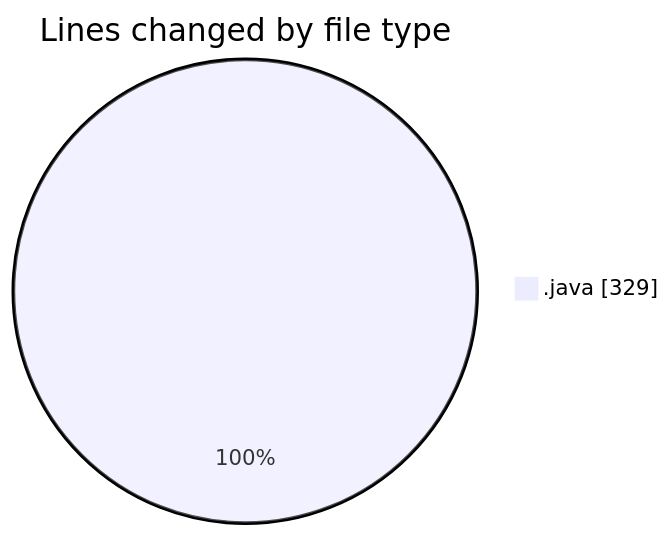
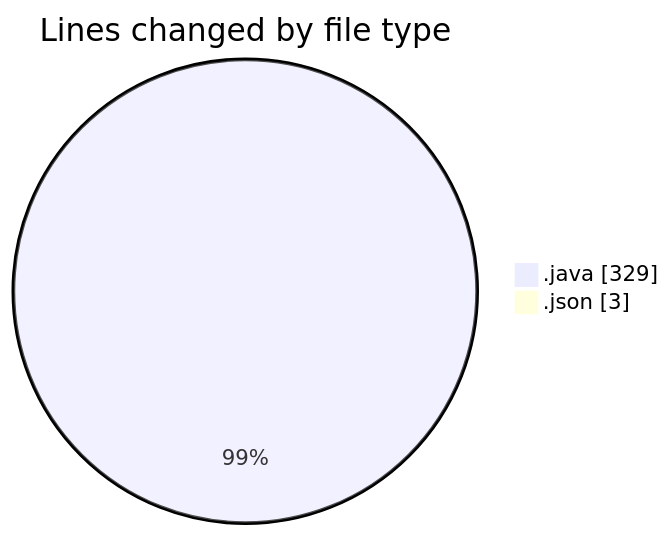
The first of 2 diagrams in 2026-09-16/cilreports__workspace_/README.md (ricardozamudiocil/code-tracking), drawn with Mermaid before and after one commit. The commit also changed other lines of this file and 1 other file, not shown here.

````diff
--- a/2026-09-16/cilreports__workspace_/README.md
+++ b/2026-09-16/cilreports__workspace_/README.md
@@ -20,5 +21,6 @@
 ```mermaid
 pie showData
 title Lines changed by file type
 ".java" : 329
+".json" : 3
 ```
````
